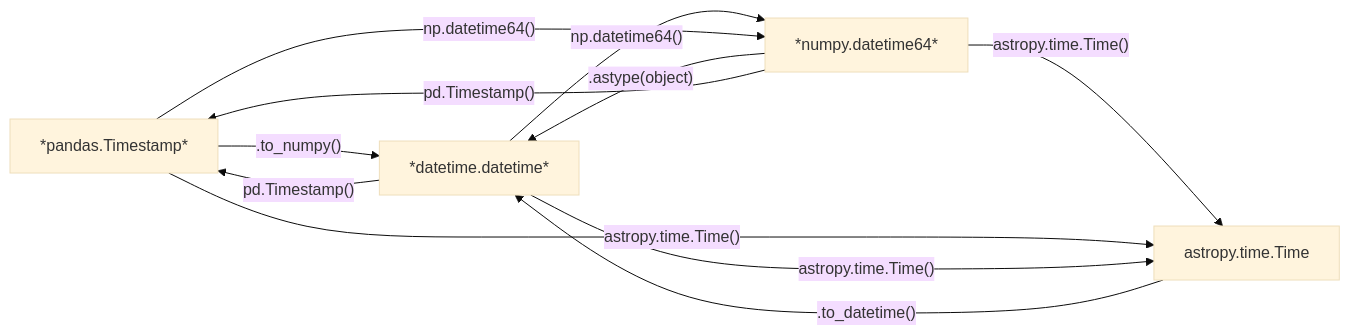
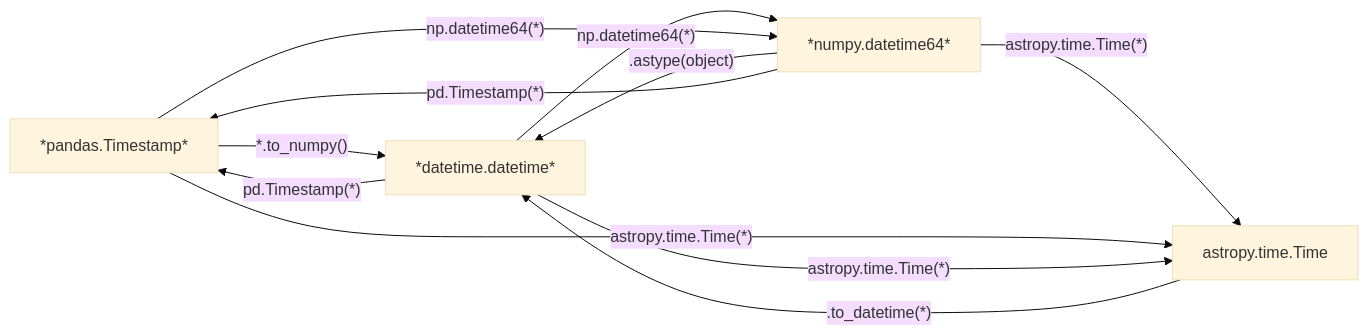
The diagram in docs/chap1.md (jiutongzhao/Time-Series-Data-Analysis), drawn with Mermaid before and after one commit. The commit also changed other lines of this file and 8 other files, not shown here.

````diff
--- a/docs/chap1.md
+++ b/docs/chap1.md
@@ -151,16 +98,16 @@
     ```mermaid
     ---
     config:
       theme: 'base'
     ---
     
     flowchart LR
-    A[*pandas.Timestamp*] --.to_numpy()--> B[*datetime.datetime*] --np.datetime64()--> C[*numpy.datetime64*] --astropy.time.Time()--> D[astropy.time.Time]
-    B --pd.Timestamp()--> A
+    A[*pandas.Timestamp*] --*.to_numpy()--> B[*datetime.datetime*] --np.datetime64(*)--> C[*numpy.datetime64*] --astropy.time.Time(*)--> D[astropy.time.Time]
+    B --pd.Timestamp(*)--> A
     C --.astype(object)--> B
-    A --astropy.time.Time()--> D
-    B --astropy.time.Time()--> D
-    D --.to_datetime()--> B
-    A --np.datetime64()--> C
-    C --pd.Timestamp()--> A
+    A --astropy.time.Time(*)--> D
+    B --astropy.time.Time(*)--> D
+    D --.to_datetime(*)--> B
+    A --np.datetime64(*)--> C
+    C --pd.Timestamp(*)--> A
     ```
````
